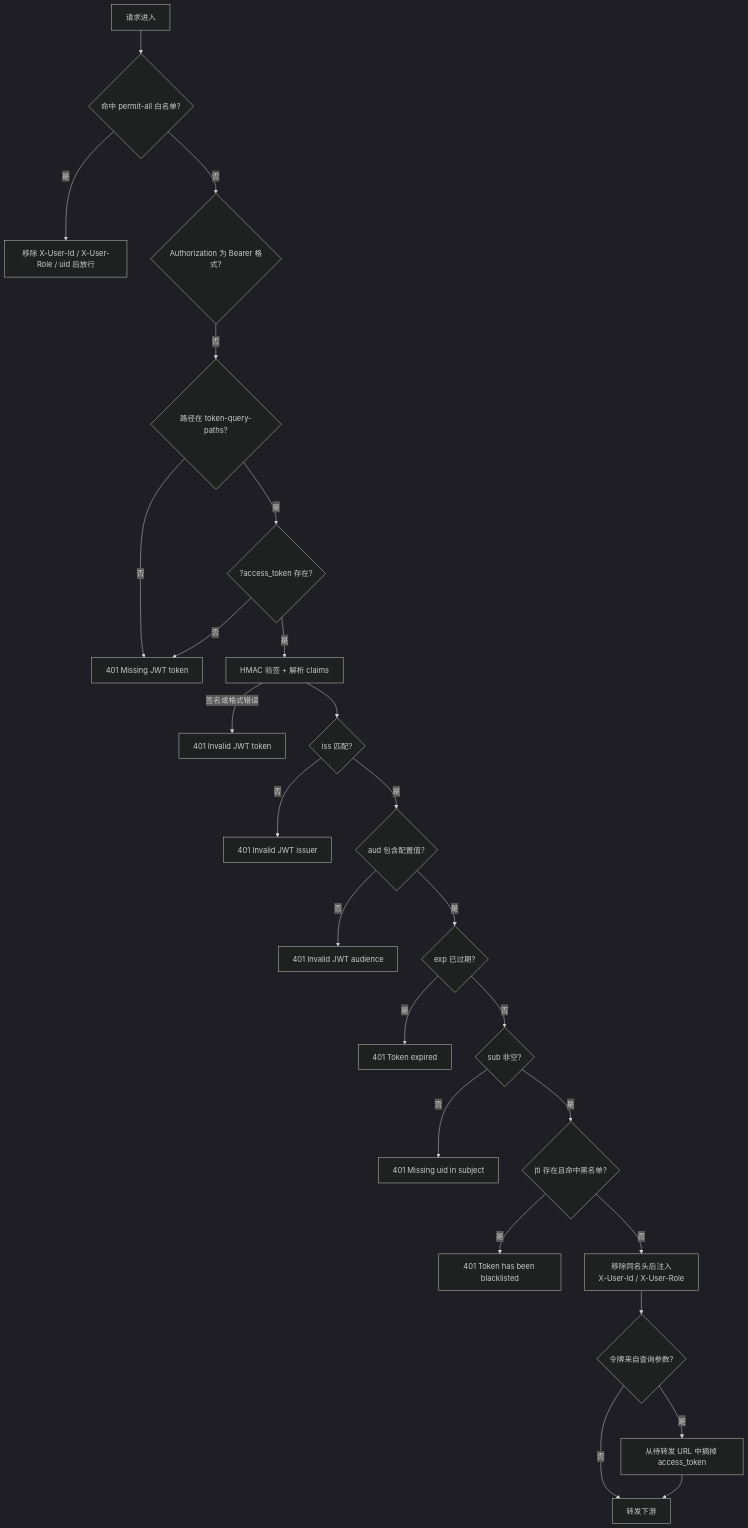
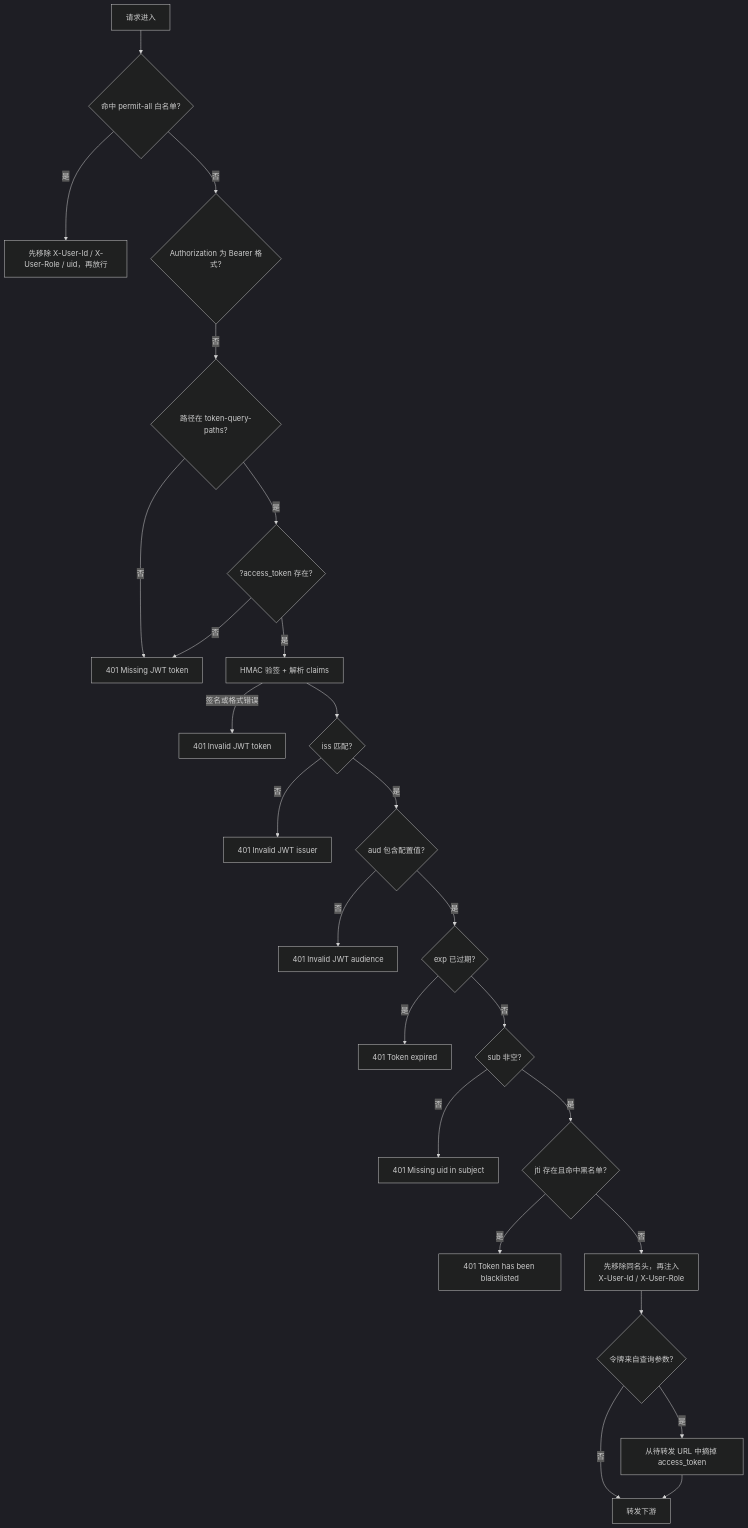
The third of 6 diagrams in gateway-service/技术文档.md (YunfeiSHU/media-community), drawn with Mermaid (dark theme) before and after one commit. The commit also changed other lines of this file and 1 other file, not shown here.

````diff
--- a/gateway-service/技术文档.md
+++ b/gateway-service/技术文档.md
@@ -425,27 +294,27 @@
 ```mermaid
 flowchart TD
     S[请求进入] --> P{命中 permit-all 白名单?}
-    P -->|是| PASS["移除 X-User-Id / X-User-Role / uid 后放行"]
+    P -->|是| PASS["先移除 X-User-Id / X-User-Role / uid，再放行"]
     P -->|否| T{Authorization 为 Bearer 格式?}
     T -->|否| Q{路径在 token-query-paths?}
     Q -->|否| E1["401 Missing JWT token"]
     Q -->|是| QT{"?access_token 存在?"}
     QT -->|否| E1
     QT -->|是| SIG[HMAC 验签 + 解析 claims]
     SIG -->|签名或格式错误| E2["401 Invalid JWT token"]
     SIG --> ISS{iss 匹配?}
     ISS -->|否| E3["401 Invalid JWT issuer"]
     ISS -->|是| AUD{aud 包含配置值?}
     AUD -->|否| E4["401 Invalid JWT audience"]
     AUD -->|是| EXP{exp 已过期?}
     EXP -->|是| E5["401 Token expired"]
     EXP -->|否| SUB{sub 非空?}
     SUB -->|否| E6["401 Missing uid in subject"]
     SUB -->|是| BL{"jti 存在且命中黑名单?"}
     BL -->|是| E7["401 Token has been blacklisted"]
-    BL -->|否| INJ["移除同名头后注入<br/>X-User-Id / X-User-Role"]
-    INJ --> STRIP{"令牌来自查询参数?"}
+    BL -->|否| INJ["先移除同名头，再注入<br/>X-User-Id / X-User-Role"]
+    INJ --> STRIP{令牌来自查询参数?}
     STRIP -->|是| CLN["从待转发 URL 中摘掉 access_token"]
     STRIP -->|否| FWD[转发下游]
     CLN --> FWD
 ```
````
